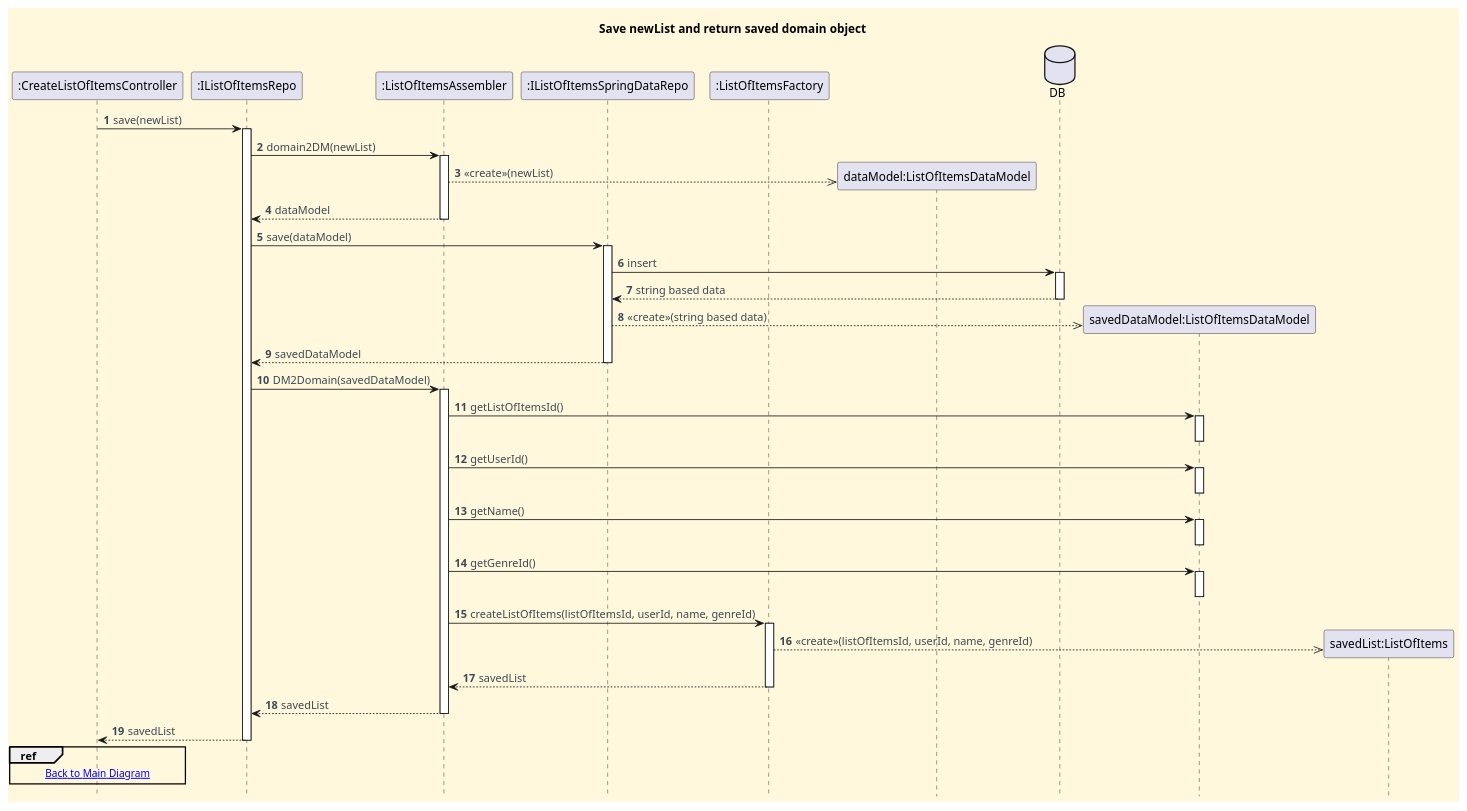
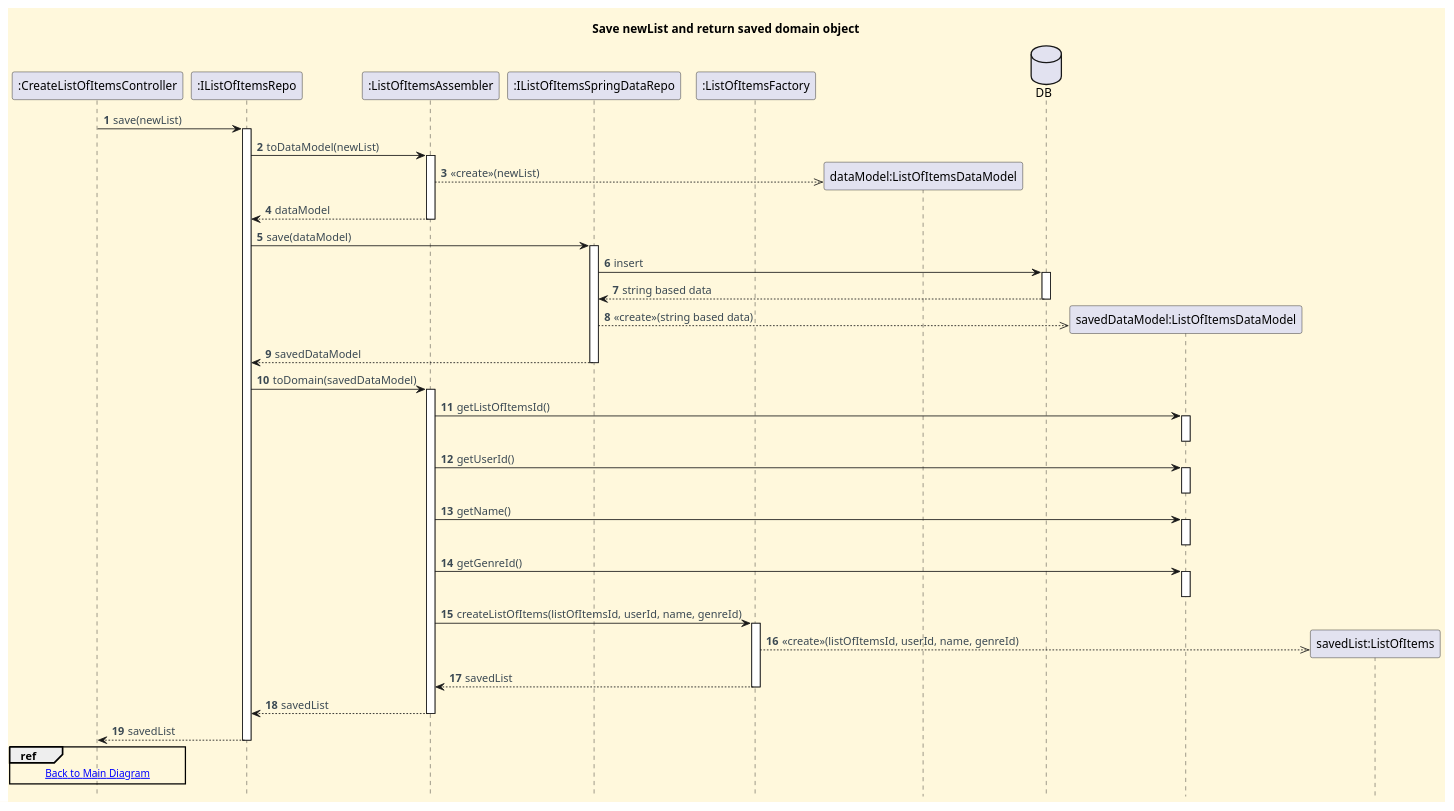
The diagram in docs/functionalities/user/publicly-share-list-of-mine/sd-ref-diagrams/Save_ListOfItems.puml (CarolinaLeite-collab/JavaMarketplacePlatform), drawn with PlantUML before and after one commit. The commit also changed 1 other file, not shown here.

Commit message:
Refactor: Update US019 CD and Save SD ref diagram, Refs: #777

```diff
--- a/docs/functionalities/user/publicly-share-list-of-mine/sd-ref-diagrams/Save_ListOfItems.puml
+++ b/docs/functionalities/user/publicly-share-list-of-mine/sd-ref-diagrams/Save_ListOfItems.puml
@@ -1,82 +1,82 @@
 @startuml
 title Save newList and return saved domain object
 hide footbox
 
 skinparam monochrome false
 skinparam shadowing false
 skinparam defaultFontName Futura
 skinparam objectFontSize 20
 skinparam backgroundColor CornSilk
 skinparam objectBackgroundColor WhiteSmoke
 skinparam noteBackgroundColor #FFFFE0
 skinparam ArrowFontColor #3B4953
 skinparam ActivationBackgroundColor black
 
 autonumber
 autoactivate off
 
 participant ":CreateListOfItemsController" as Ctl
 participant ":IListOfItemsRepo" as IRepo
 participant ":ListOfItemsAssembler" as Assembler
 participant ":IListOfItemsSpringDataRepo" as jpa
 participant ":ListOfItemsFactory" as Factory
 
 "Ctl" -> IRepo : save(newList)
 activate IRepo
 
-IRepo -> Assembler : domain2DM(newList)
+IRepo -> Assembler : toDataModel(newList)
 activate Assembler
 create "dataModel:ListOfItemsDataModel"
 Assembler -->> "dataModel:ListOfItemsDataModel" : <<create>>(newList)
 Assembler --> IRepo : dataModel
 deactivate Assembler
 
 IRepo -> jpa : save(dataModel)
 activate jpa
 database "DB" as DB
 jpa -> DB : insert
 activate DB
 DB --> jpa : string based data
 deactivate DB
 create "savedDataModel:ListOfItemsDataModel"
 jpa -->> "savedDataModel:ListOfItemsDataModel" : <<create>>(string based data)
 jpa --> IRepo : savedDataModel
 deactivate jpa
 
-IRepo -> Assembler : DM2Domain(savedDataModel)
+IRepo -> Assembler : toDomain(savedDataModel)
 activate Assembler
 
 Assembler -> "savedDataModel:ListOfItemsDataModel" : getListOfItemsId()
 activate "savedDataModel:ListOfItemsDataModel"
 deactivate "savedDataModel:ListOfItemsDataModel"
 
 Assembler -> "savedDataModel:ListOfItemsDataModel" : getUserId()
 activate "savedDataModel:ListOfItemsDataModel"
 deactivate "savedDataModel:ListOfItemsDataModel"
 
 Assembler -> "savedDataModel:ListOfItemsDataModel" : getName()
 activate "savedDataModel:ListOfItemsDataModel"
 deactivate "savedDataModel:ListOfItemsDataModel"
 
 Assembler -> "savedDataModel:ListOfItemsDataModel" : getGenreId()
 activate "savedDataModel:ListOfItemsDataModel"
 deactivate "savedDataModel:ListOfItemsDataModel"
 
 Assembler -> Factory : createListOfItems(listOfItemsId, userId, name, genreId)
 activate Factory
 create "savedList:ListOfItems"
 Factory -->> "savedList:ListOfItems" : <<create>>(listOfItemsId, userId, name, genreId)
 Factory --> Assembler : savedList
 deactivate Factory
 
 Assembler --> IRepo : savedList
 deactivate Assembler
 
 IRepo --> Ctl : savedList
 deactivate IRepo
 
 ref over Ctl
-[[../Create_ListOfItems_SD.puml Back to Main Diagram]]
+[[../To_Publicly_Share_A_List_Of_Mine_SD.puml Back to Main Diagram]]
 end ref
 
 @enduml
```
